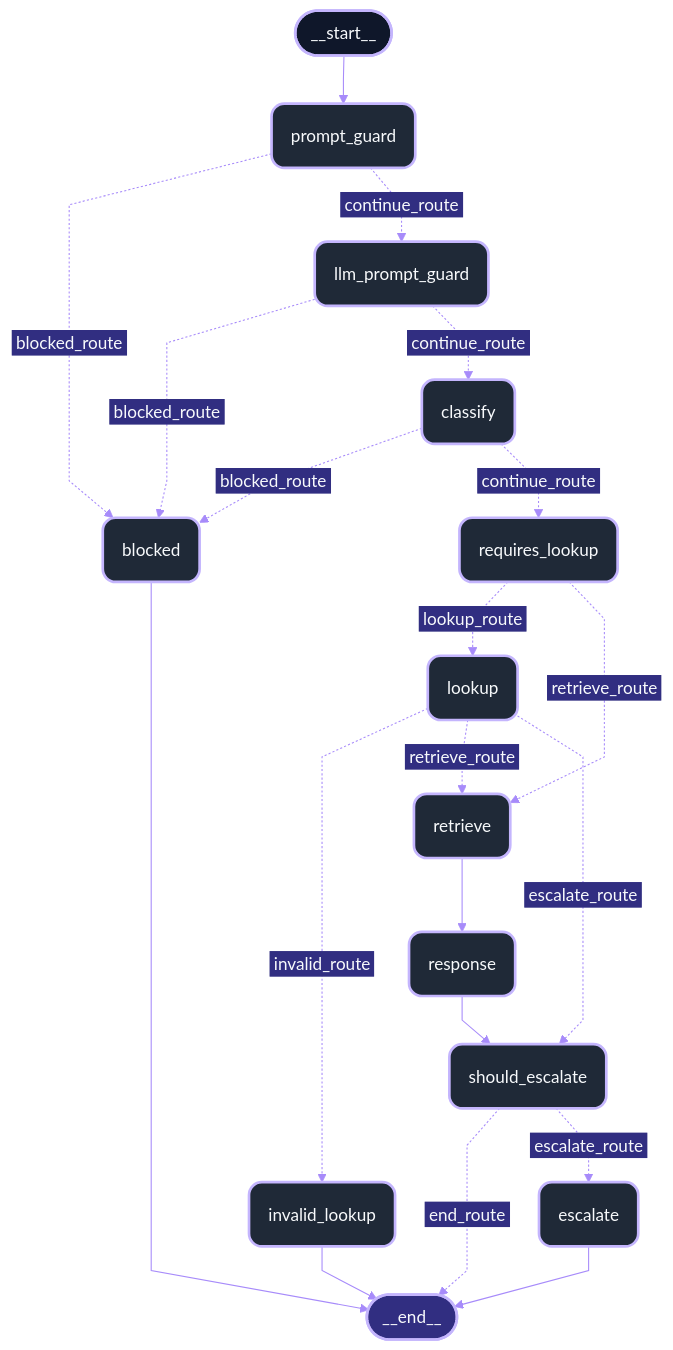
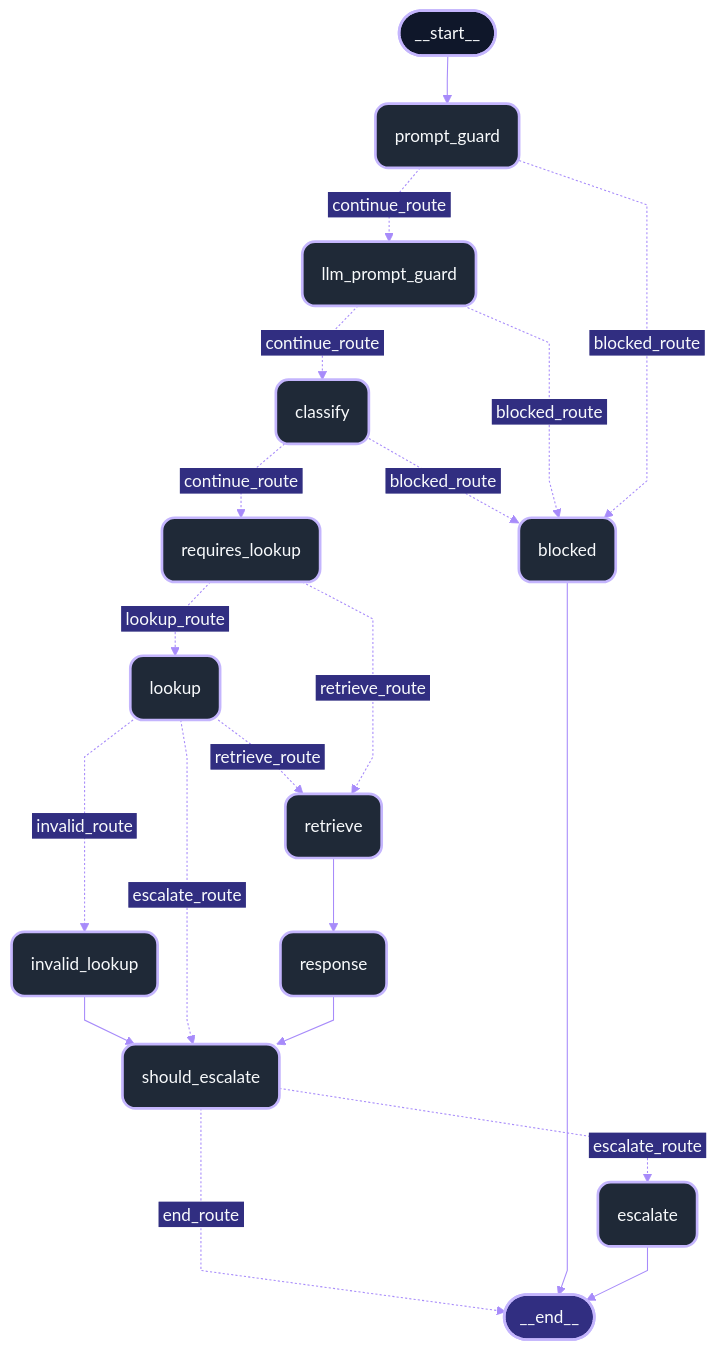
One commit to Sumaylen/AI-Support-Ticket-Agent changed the diagram in README.md. Above: the diagram before and after it, drawn with Mermaid. The commit also changed other lines of this file and 12 other files, not shown here.

````diff
--- a/README.md
+++ b/README.md
@@ -94,62 +93,62 @@
 ```mermaid
 %%{init: {
   'theme': 'base',
   'themeVariables': {
     'fontFamily': 'Segoe UI, Arial, sans-serif',
     'fontSize': '16px',
     'primaryTextColor': '#f8fafc',
     'secondaryTextColor': '#e2e8f0',
     'tertiaryTextColor': '#f8fafc',
     'lineColor': '#a78bfa',
     'primaryColor': '#1f2937',
     'primaryBorderColor': '#c4b5fd',
     'secondaryColor': '#312e81',
     'tertiaryColor': '#1e1b4b',
     'clusterBkg': '#0f172a',
     'clusterBorder': '#a78bfa'
   },
   'flowchart': {
     'curve': 'linear',
     'nodeSpacing': 35,
     'rankSpacing': 45,
     'padding': 18
   }
 }}%%
-flowchart TD;
+graph TD;
         __start__([<p>__start__</p>]):::first
         prompt_guard(prompt_guard)
         llm_prompt_guard(llm_prompt_guard)
         blocked(blocked)
         classify(classify)
         requires_lookup(requires_lookup)
         lookup(lookup)
         invalid_lookup(invalid_lookup)
         retrieve(retrieve)
         response(response)
         should_escalate(should_escalate)
         escalate(escalate)
         __end__([<p>__end__</p>]):::last
         __start__ --> prompt_guard;
         classify -. &nbsp;blocked_route&nbsp; .-> blocked;
         classify -. &nbsp;continue_route&nbsp; .-> requires_lookup;
+        invalid_lookup --> should_escalate;
         llm_prompt_guard -. &nbsp;blocked_route&nbsp; .-> blocked;
         llm_prompt_guard -. &nbsp;continue_route&nbsp; .-> classify;
         lookup -. &nbsp;invalid_route&nbsp; .-> invalid_lookup;
         lookup -. &nbsp;retrieve_route&nbsp; .-> retrieve;
         lookup -. &nbsp;escalate_route&nbsp; .-> should_escalate;
         prompt_guard -. &nbsp;blocked_route&nbsp; .-> blocked;
         prompt_guard -. &nbsp;continue_route&nbsp; .-> llm_prompt_guard;
         requires_lookup -. &nbsp;lookup_route&nbsp; .-> lookup;
         requires_lookup -. &nbsp;retrieve_route&nbsp; .-> retrieve;
         response --> should_escalate;
         retrieve --> response;
         should_escalate -. &nbsp;end_route&nbsp; .-> __end__;
         should_escalate -. &nbsp;escalate_route&nbsp; .-> escalate;
         blocked --> __end__;
         escalate --> __end__;
-        invalid_lookup --> __end__;
 
         classDef default fill:#1f2937,stroke:#c4b5fd,stroke-width:2.5px,color:#f8fafc,rx:12,ry:12;
         classDef first fill:#0f172a,stroke:#c4b5fd,stroke-width:2.5px,color:#f8fafc;
         classDef last fill:#312e81,stroke:#c4b5fd,stroke-width:2.5px,color:#f8fafc;
 ```
````
